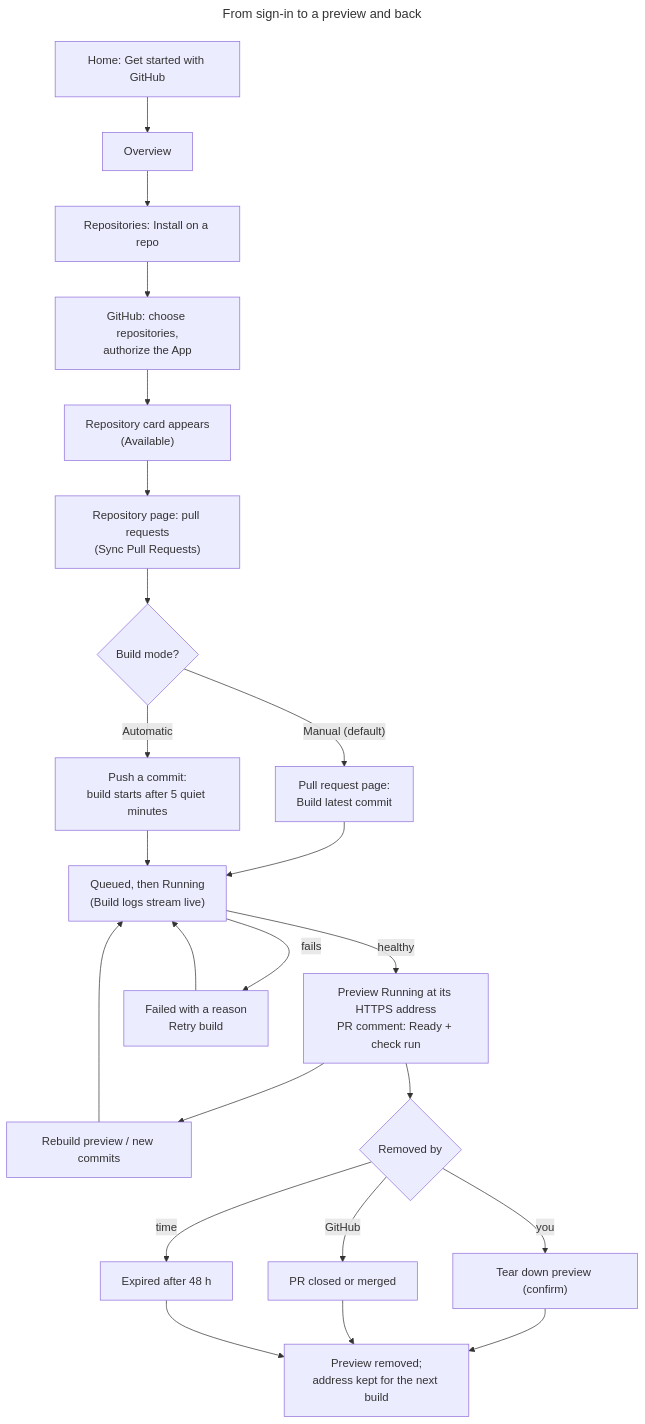
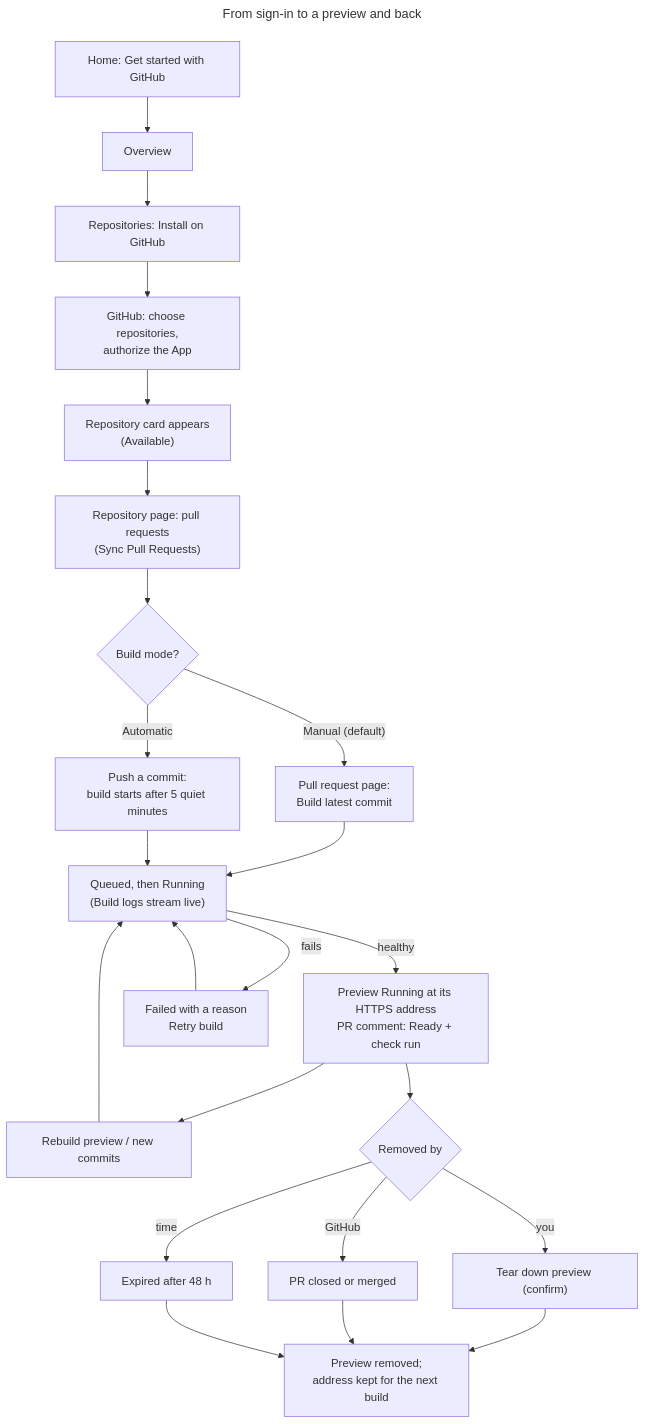
The first of 2 diagrams in technical-docs/user-guide.md (ajaykathwate/Previa), drawn with Mermaid before and after one commit. The commit also changed other lines of this file and 38 other files, not shown here.

````diff
--- a/technical-docs/user-guide.md
+++ b/technical-docs/user-guide.md
@@ -32,32 +32,32 @@
 ```mermaid
 ---
 title: "From sign-in to a preview and back"
 ---
 flowchart TD
     A["Home: Get started with GitHub"] --> B["Overview"]
-    B --> C["Repositories: Install on a repo"]
+    B --> C["Repositories: Install on GitHub"]
     C --> D["GitHub: choose repositories,<br/>authorize the App"]
     D --> E["Repository card appears<br/>(Available)"]
     E --> F["Repository page: pull requests<br/>(Sync Pull Requests)"]
     F --> G{"Build mode?"}
     G -->|"Manual (default)"| H["Pull request page:<br/>Build latest commit"]
     G -->|Automatic| I["Push a commit:<br/>build starts after 5 quiet minutes"]
     H --> J["Queued, then Running<br/>(Build logs stream live)"]
     I --> J
     J -->|healthy| K["Preview Running at its HTTPS address<br/>PR comment: Ready + check run"]
     J -->|fails| L["Failed with a reason<br/>Retry build"]
     L --> J
     K --> M["Rebuild preview / new commits"]
     M --> J
     K --> N{"Removed by"}
     N -->|you| O["Tear down preview (confirm)"]
     N -->|GitHub| P["PR closed or merged"]
     N -->|time| Q["Expired after 48 h"]
     O --> R["Preview removed;<br/>address kept for the next build"]
     P --> R
     Q --> R
 
     %% Notes
     %% - Builds need a worker with builds configured (GitHub App, Docker, preview domain).
     %% - Every build reads the pull request fresh from GitHub first.
 ```
````
